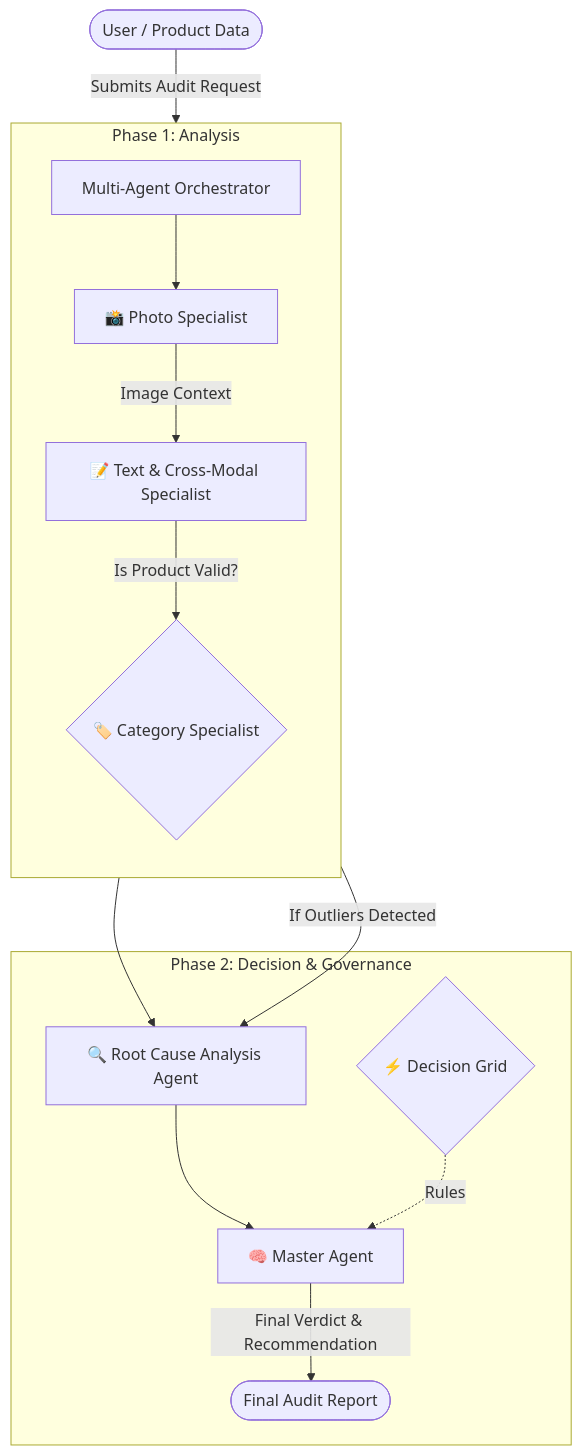
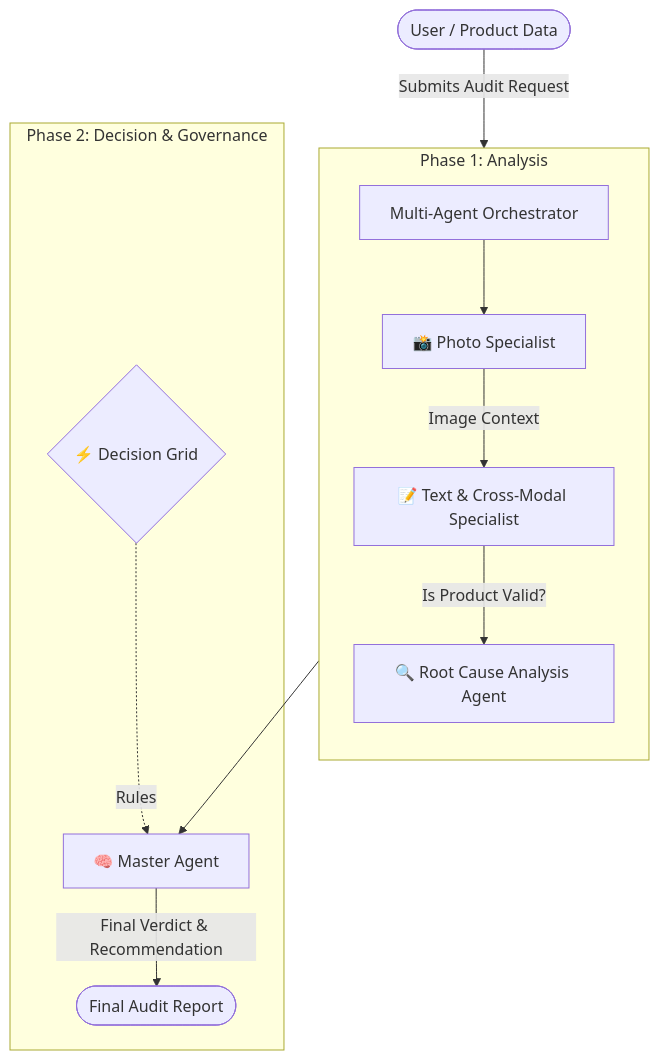
Before and after one commit to ayushsoam013/Multi-Agent-Auditor-1.4: the diagram in gemini/Agent_Flow_High_Level.md, drawn with Mermaid. The commit also changed other lines of this file and 1 other file, not shown here.

Commit message:
docs(workflow): remove Category Agent from multi-agent flow documents

````diff
--- a/gemini/Agent_Flow_High_Level.md
+++ b/gemini/Agent_Flow_High_Level.md
@@ -15,20 +15,18 @@
 ```mermaid
 graph TD
     User([User / Product Data]) -->|Submits Audit Request| Orchestrator[Multi-Agent Orchestrator]
 
     subgraph "Phase 1: Analysis"
         direction TB
         Orchestrator --> PhotoAgent[📸 Photo Specialist]
         PhotoAgent -->|Image Context| TextualAgent[📝 Text & Cross-Modal Specialist]
-        TextualAgent -->|Is Product Valid?| CategoryAgent{🏷️ Category Specialist}
+        TextualAgent -->|Is Product Valid?| RCA[🔍 Root Cause Analysis Agent]
     end
 
     subgraph "Phase 2: Decision & Governance"
-        CategoryAgent --> RCA[🔍 Root Cause Analysis Agent]
-        TextualAgent -->|If Outliers Detected| RCA
         RCA --> MasterAgent[🧠 Master Agent]
         
         DecisionGrid{⚡ Decision Grid} -.->|Rules| MasterAgent
         MasterAgent -->|Final Verdict & Recommendation| Output([Final Audit Report])
     end
 ```
````
